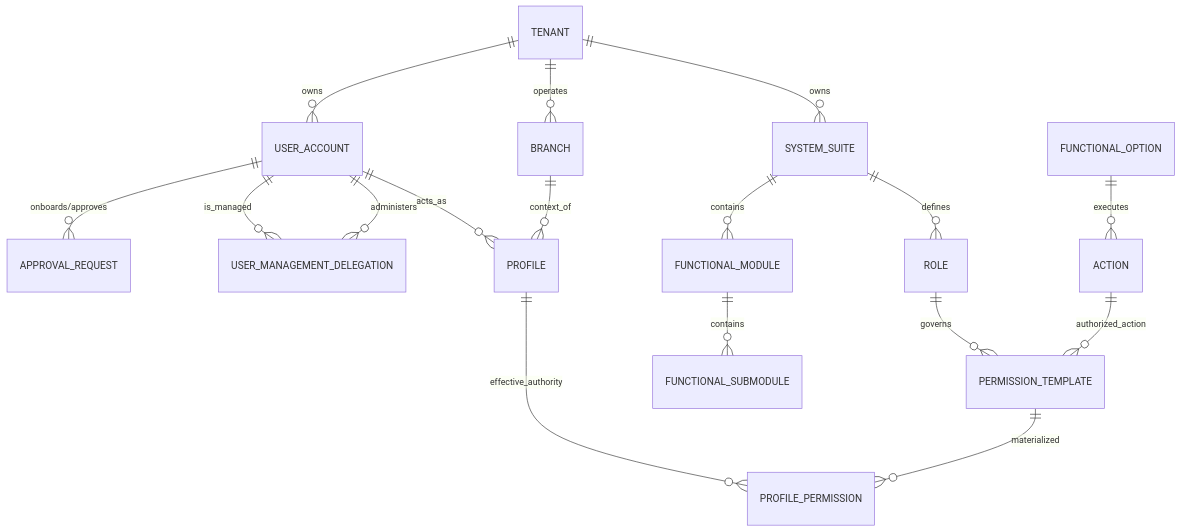
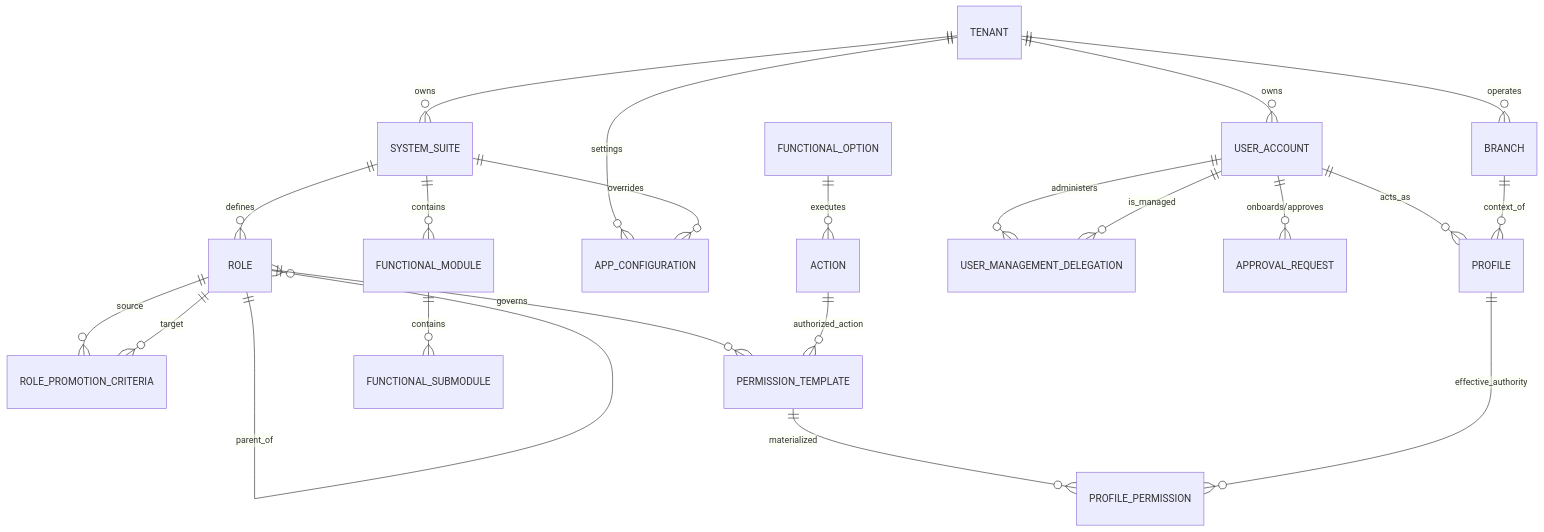
One commit to beyondnetcode/ums changed the first of 4 diagrams in architecture/blueprints/database-design-er.md. Above: the diagram before and after it, drawn with Mermaid. The commit also changed other lines of this file and 6 other files, not shown here.

Commit message:
feat(auth): implement role evolution engine and hierarchical configuration (ADR 0031, ADR 0032)

````diff
--- a/architecture/blueprints/database-design-er.md
+++ b/architecture/blueprints/database-design-er.md
@@ -27,24 +27,31 @@
 ```mermaid
 erDiagram
     TENANT ||--o{ SYSTEM_SUITE : "owns"
     TENANT ||--o{ BRANCH : "operates"
     TENANT ||--o{ USER_ACCOUNT : "owns"
     SYSTEM_SUITE ||--o{ ROLE : "defines"
     SYSTEM_SUITE ||--o{ FUNCTIONAL_MODULE : "contains"
+    
+    ROLE ||--o{ ROLE : "parent_of"
+    ROLE ||--o{ ROLE_PROMOTION_CRITERIA : "source"
+    ROLE ||--o{ ROLE_PROMOTION_CRITERIA : "target"
+    
+    TENANT ||--o{ APP_CONFIGURATION : "settings"
+    SYSTEM_SUITE ||--o{ APP_CONFIGURATION : "overrides"
     
     ROLE ||--o{ PERMISSION_TEMPLATE : "governs"
     PERMISSION_TEMPLATE ||--o{ PROFILE_PERMISSION : "materialized"
     
     USER_ACCOUNT ||--o{ PROFILE : "acts_as"
     USER_ACCOUNT ||--o{ USER_MANAGEMENT_DELEGATION : "administers"
     USER_ACCOUNT ||--o{ USER_MANAGEMENT_DELEGATION : "is_managed"
     USER_ACCOUNT ||--o{ APPROVAL_REQUEST : "onboards/approves"
     
     BRANCH ||--o{ PROFILE : "context_of"
     PROFILE ||--o{ PROFILE_PERMISSION : "effective_authority"
     
     FUNCTIONAL_MODULE ||--o{ FUNCTIONAL_SUBMODULE : "contains"
     FUNCTIONAL_OPTION ||--o{ ACTION : "executes"
     
     ACTION ||--o{ PERMISSION_TEMPLATE : "authorized_action"
 ```
````
